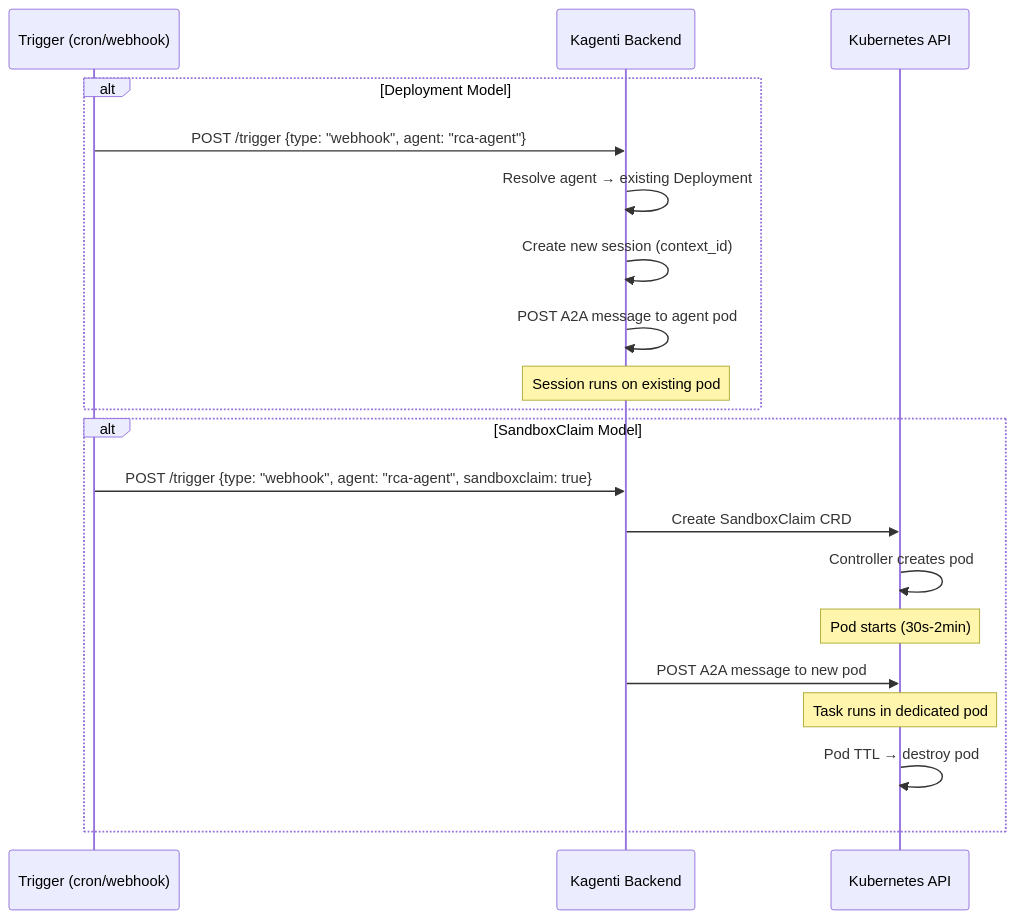
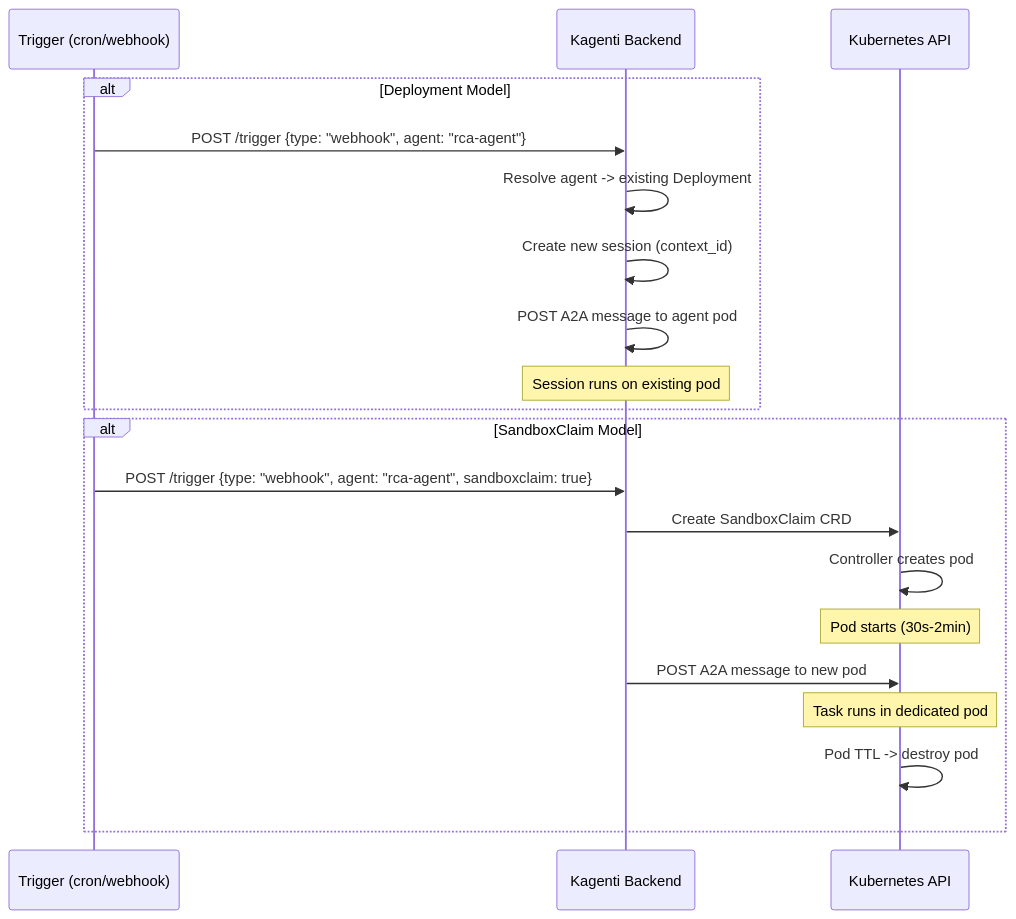
One commit to kagenti/kagenti changed the eighth of 10 diagrams in docs/plans/2026-03-04-platform-agent-runtime-design.md. Above: the diagram before and after it, drawn with Mermaid. The commit also changed other lines of this file, not shown here.

First line of the commit message:
docs: rewrite platform agent runtime design to match codebase

````diff
--- a/docs/plans/2026-03-04-platform-agent-runtime-design.md
+++ b/docs/plans/2026-03-04-platform-agent-runtime-design.md
@@ -544,24 +505,24 @@
 ```mermaid
 sequenceDiagram
     participant T as Trigger (cron/webhook)
     participant API as Kagenti Backend
     participant K8S as Kubernetes API
 
     alt Deployment Model
         T->>API: POST /trigger {type: "webhook", agent: "rca-agent"}
-        API->>API: Resolve agent → existing Deployment
+        API->>API: Resolve agent -> existing Deployment
         API->>API: Create new session (context_id)
         API->>API: POST A2A message to agent pod
         Note over API: Session runs on existing pod
     end
 
     alt SandboxClaim Model
         T->>API: POST /trigger {type: "webhook", agent: "rca-agent", sandboxclaim: true}
         API->>K8S: Create SandboxClaim CRD
         K8S->>K8S: Controller creates pod
         Note over K8S: Pod starts (30s-2min)
         API->>K8S: POST A2A message to new pod
         Note over K8S: Task runs in dedicated pod
-        K8S->>K8S: Pod TTL → destroy pod
+        K8S->>K8S: Pod TTL -> destroy pod
     end
 ```
````
